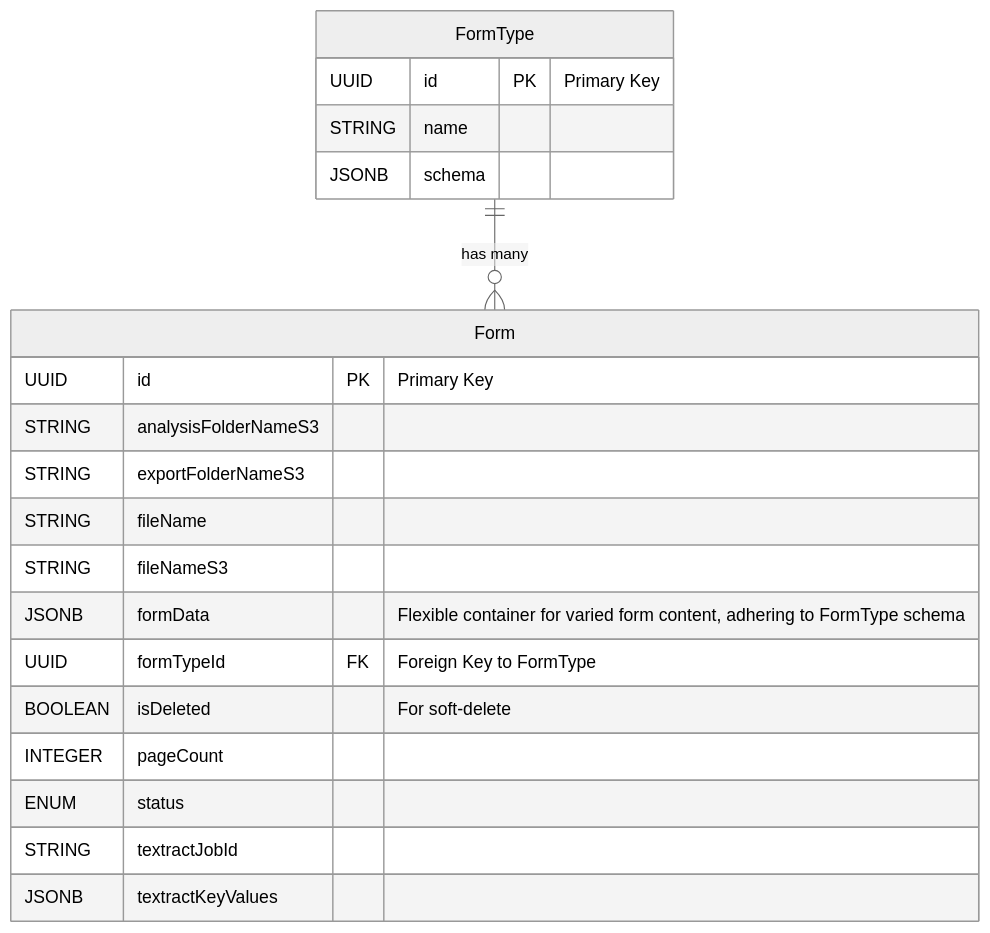
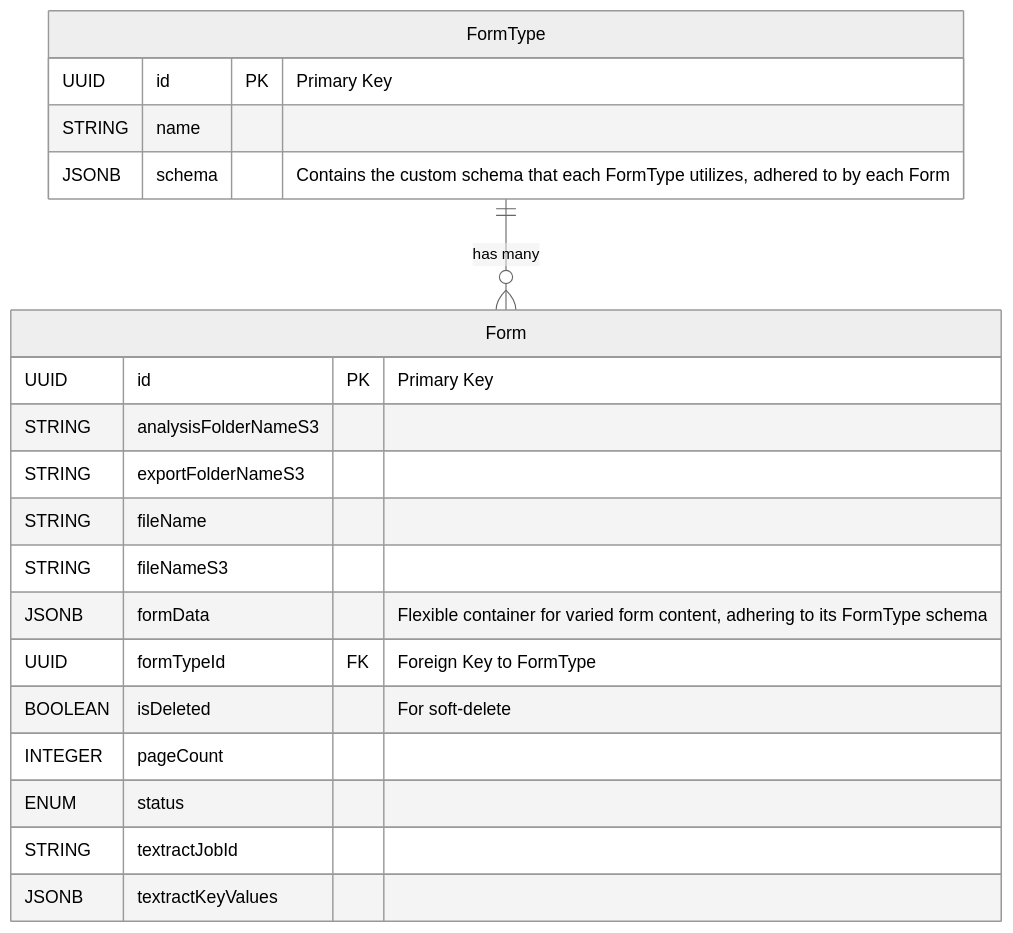
Before and after one commit to rob-mosher/form-toolbox-app: the second of 2 diagrams in README.md, drawn with Mermaid (neutral theme). The commit also changed other lines of this file and 1 other file, not shown here.

````diff
--- a/README.md
+++ b/README.md
@@ -54,25 +63,25 @@
 ```mermaid
 erDiagram
-    FormType {
-        UUID id PK "Primary Key"
-        STRING name
-        JSONB schema
-    }
+  FormType {
+    UUID id PK "Primary Key"
+    STRING name
+    JSONB schema "Contains the custom schema that each FormType utilizes, adhered to by each Form"
+  }
 
-    Form {
-        UUID id PK "Primary Key"
-        STRING analysisFolderNameS3
-        STRING exportFolderNameS3
-        STRING fileName
-        STRING fileNameS3
-        JSONB formData "Flexible container for varied form content, adhering to FormType schema"
-        UUID formTypeId FK "Foreign Key to FormType"
-        BOOLEAN isDeleted "For soft-delete"
-        INTEGER pageCount
-        ENUM status
-        STRING textractJobId
-        JSONB textractKeyValues
-    }
+  Form {
+    UUID id PK "Primary Key"
+    STRING analysisFolderNameS3
+    STRING exportFolderNameS3
+    STRING fileName
+    STRING fileNameS3
+    JSONB formData "Flexible container for varied form content, adhering to its FormType schema"
+    UUID formTypeId FK "Foreign Key to FormType"
+    BOOLEAN isDeleted "For soft-delete"
+    INTEGER pageCount
+    ENUM status
+    STRING textractJobId
+    JSONB textractKeyValues
+  }
 
-    FormType ||--o{ Form : "has many"
+FormType ||--o{ Form : "has many"
 ```
````
